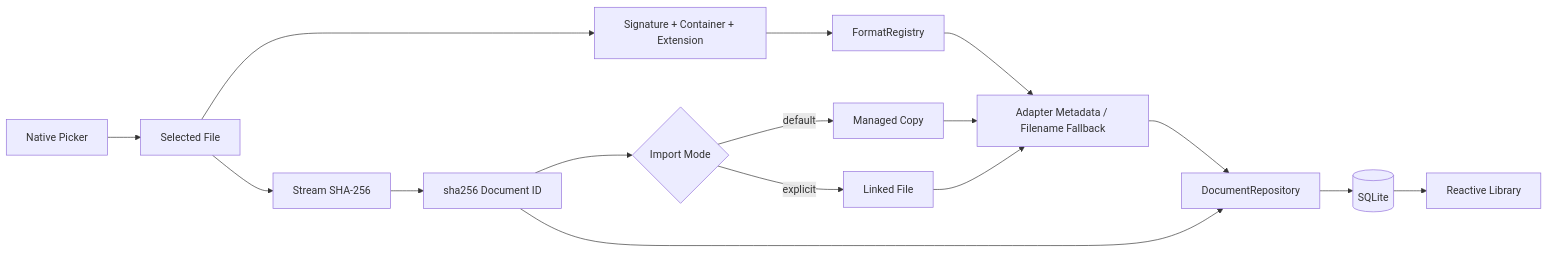
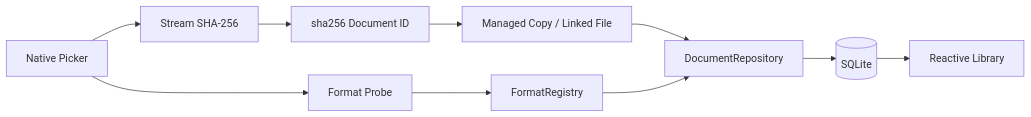
Before and after one commit to aaditya140103/kola: the second of 11 diagrams in docs/PROJECT_GRAPH.md, drawn with Mermaid. The commit also changed other lines of this file, not shown here.

Commit message:
docs: add reader state persistence loop to project graph

````diff
--- a/docs/PROJECT_GRAPH.md
+++ b/docs/PROJECT_GRAPH.md
@@ -43,28 +33,9 @@
 ```mermaid
 flowchart LR
-    Pick[Native Picker]
-    Source[Selected File]
-    Detect[Signature + Container + Extension]
-    Hash[Stream SHA-256]
-    ID[sha256 Document ID]
-    Mode{Import Mode}
-    Managed[Managed Copy]
-    Linked[Linked File]
-    Registry[FormatRegistry]
-    Meta[Adapter Metadata / Filename Fallback]
-    Repo[DocumentRepository]
-    DB[(SQLite)]
-    Library[Reactive Library]
-
-    Pick --> Source
-    Source --> Detect
-    Source --> Hash --> ID
-    ID --> Mode
-    Mode -- default --> Managed
-    Mode -- explicit --> Linked
-    Detect --> Registry --> Meta
-    Managed --> Meta
-    Linked --> Meta
-    ID --> Repo
-    Meta --> Repo --> DB --> Library
+    Pick[Native Picker] --> Detect[Format Probe]
+    Pick --> Hash[Stream SHA-256] --> ID[sha256 Document ID]
+    ID --> Store[Managed Copy / Linked File]
+    Detect --> Registry[FormatRegistry]
+    Store --> Repo[DocumentRepository]
+    Registry --> Repo --> DB[(SQLite)] --> Library[Reactive Library]
 ```
````
